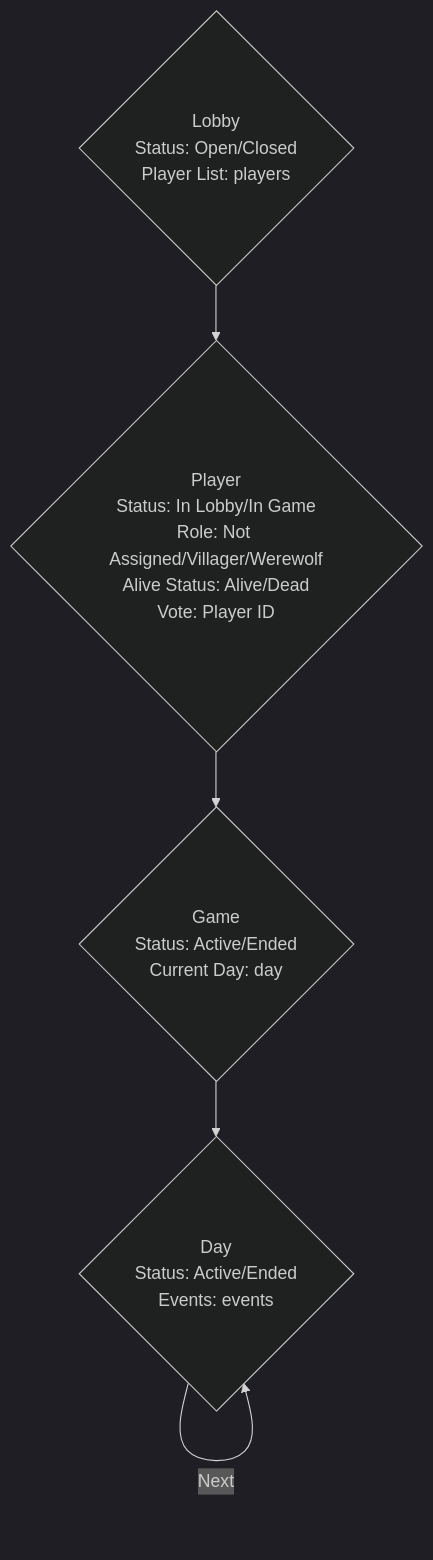
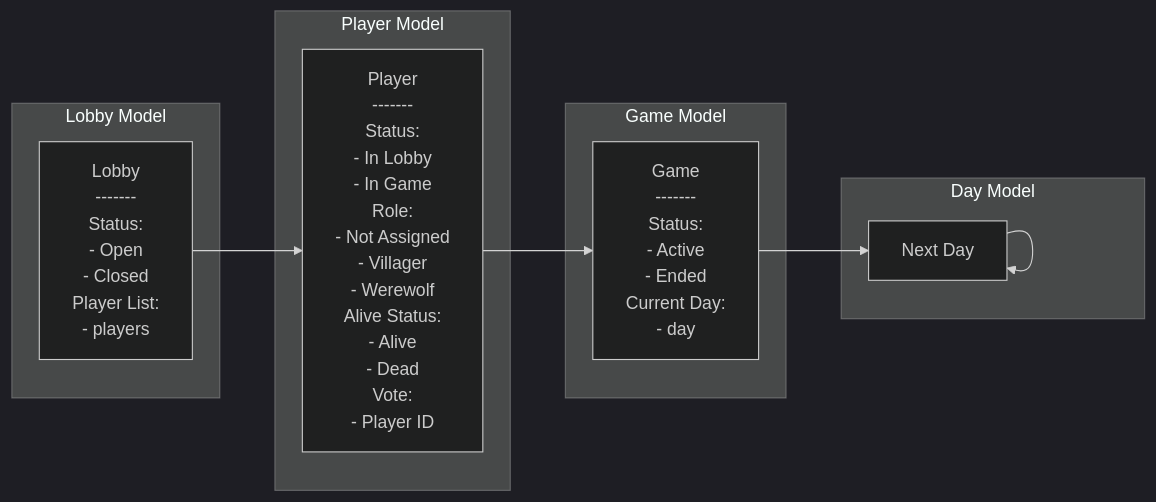
One commit to akhercha/werewolves-of-cairo changed the second of 2 diagrams in docs/architecture.md. Above: the diagram before and after it, drawn with Mermaid (dark theme). The commit also changed other lines of this file, not shown here.

Commit message:
feat(components_design): Test github vizu

````diff
--- a/docs/architecture.md
+++ b/docs/architecture.md
@@ -18,7 +21,50 @@
 ```mermaid
-graph TD
-    Lobby{Lobby<br/>Status: Open/Closed<br/>Player List: players} --> Player
-    Player{Player<br/>Status: In Lobby/In Game<br/>Role: Not Assigned/Villager/Werewolf<br/>Alive Status: Alive/Dead<br/>Vote: Player ID} --> Game
-    Game{Game<br/>Status: Active/Ended<br/>Current Day: day} --> Day
-    Day{Day<br/>Status: Active/Ended<br/>Events: events} -->|Next| Day
+graph LR
+  subgraph "Lobby Model"
+    Lobby["Lobby 
+    -------
+    Status: 
+      - Open
+      - Closed
+    Player List: 
+      - players"]
+  end
+  subgraph "Player Model"
+    Player["Player 
+    -------
+    Status: 
+      - In Lobby
+      - In Game
+    Role: 
+      - Not Assigned
+      - Villager
+      - Werewolf
+    Alive Status: 
+      - Alive
+      - Dead
+    Vote: 
+      - Player ID"]
+  end
+  subgraph "Game Model"
+    Game["Game 
+    -------
+    Status: 
+      - Active
+      - Ended
+    Current Day: 
+      - day"]
+  end
+  subgraph "Day Model"
+    Day["Day 
+    -------
+    Status: 
+      - Active
+      - Ended
+    Events: 
+      - events"]
+  end
+  Lobby --> Player
+  Player --> Game
+  Game --> Day
+  Day --> Day[Next Day]
 ```
````
